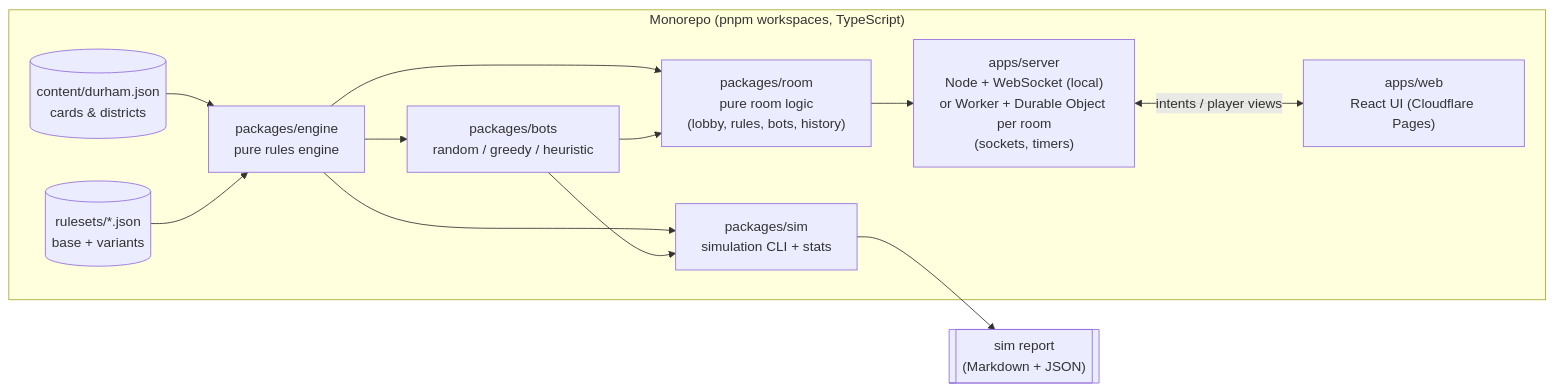
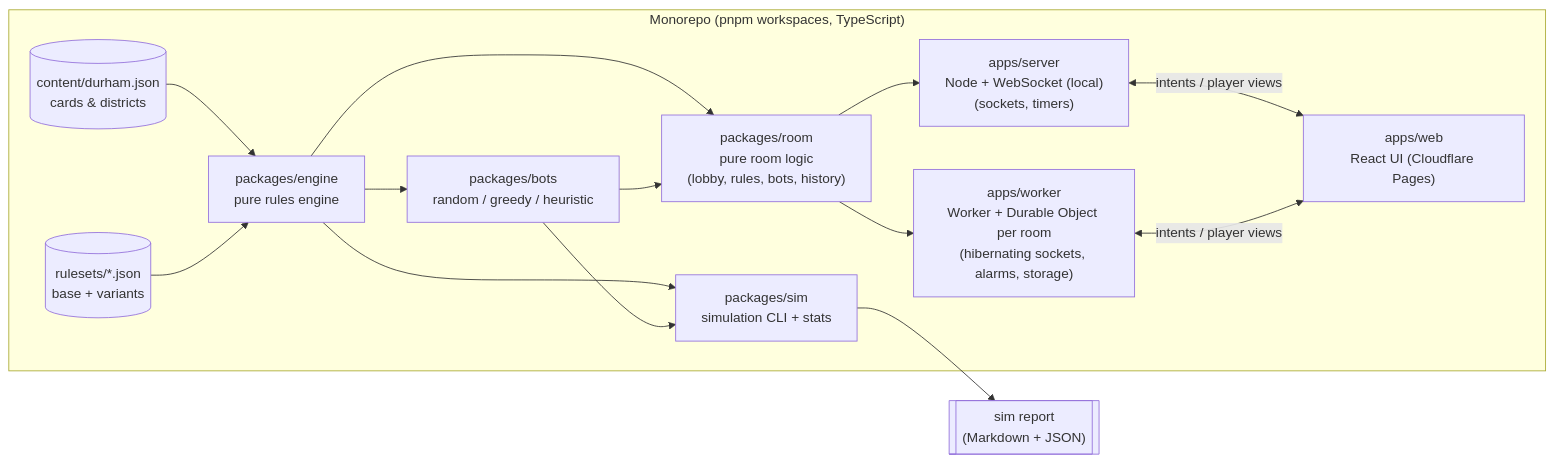
One commit to ddblz/bull-city-blocks changed the first of 5 diagrams in docs/ARCHITECTURE.md. Above: the diagram before and after it, drawn with Mermaid. The commit also changed other lines of this file and 20 other files, not shown here.

First line of the commit message:
worker: Cloudflare Worker + Durable Object per room, and deploy from main

````diff
--- a/docs/ARCHITECTURE.md
+++ b/docs/ARCHITECTURE.md
@@ -14,23 +14,26 @@
 ```mermaid
 flowchart LR
   subgraph Repo["Monorepo (pnpm workspaces, TypeScript)"]
     content[("content/durham.json<br/>cards & districts")]
     rulesets[("rulesets/*.json<br/>base + variants")]
     engine["packages/engine<br/>pure rules engine"]
     bots["packages/bots<br/>random / greedy / heuristic"]
     sim["packages/sim<br/>simulation CLI + stats"]
     room["packages/room<br/>pure room logic<br/>(lobby, rules, bots, history)"]
-    server["apps/server<br/>Node + WebSocket (local)<br/>or Worker + Durable Object per room<br/>(sockets, timers)"]
+    server["apps/server<br/>Node + WebSocket (local)<br/>(sockets, timers)"]
+    worker["apps/worker<br/>Worker + Durable Object per room<br/>(hibernating sockets, alarms, storage)"]
     web["apps/web<br/>React UI (Cloudflare Pages)"]
   end
   content --> engine
   rulesets --> engine
   engine --> bots
   engine --> sim
   bots --> sim
   engine --> room
   bots --> room
   room --> server
+  room --> worker
   server <-->|"intents / player views"| web
+  worker <-->|"intents / player views"| web
   sim --> report[["sim report<br/>(Markdown + JSON)"]]
 ```
````
